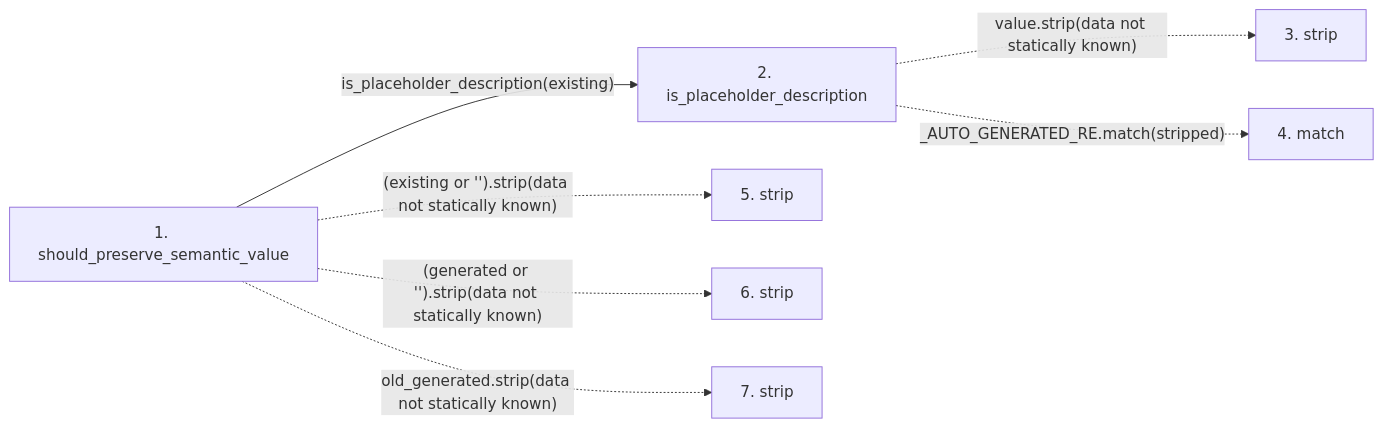
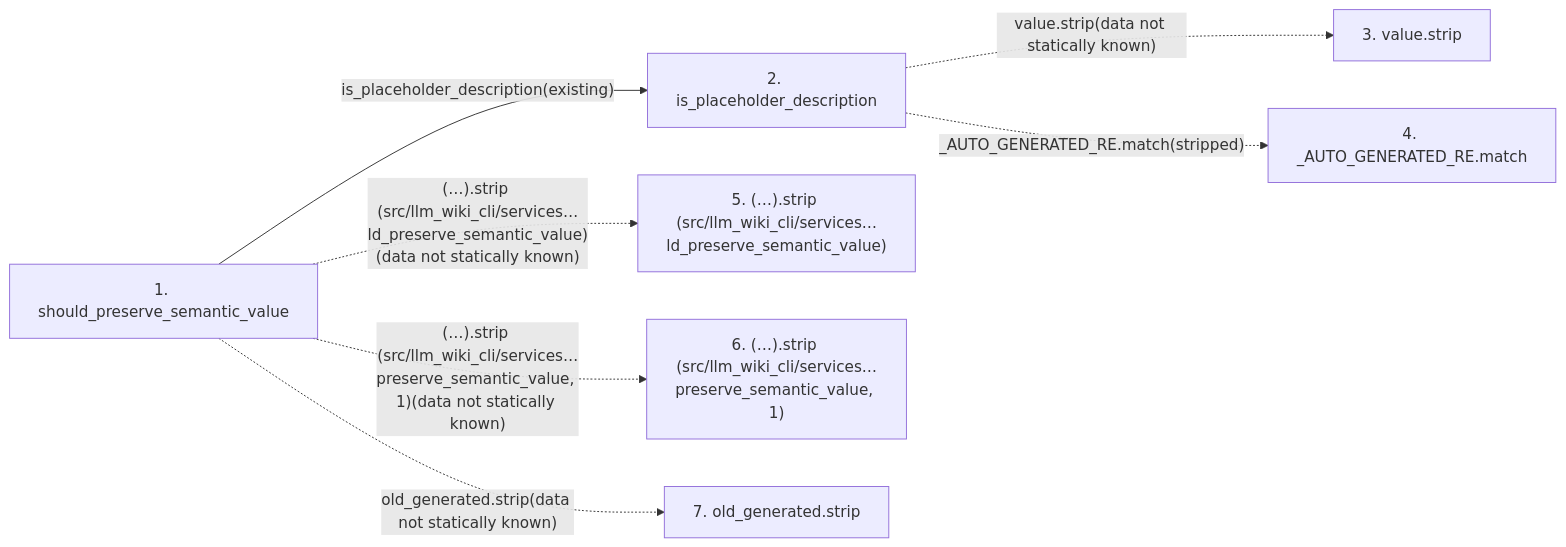
The second of 2 diagrams in docs/llm_wiki/flows/api-should_preserve_semantic_value.md (Denissvgn/python-wiki-llm), drawn with Mermaid before and after one commit. The commit also changed other lines of this file and 719 other files, not shown here.

````diff
--- a/docs/llm_wiki/flows/api-should_preserve_semantic_value.md
+++ b/docs/llm_wiki/flows/api-should_preserve_semantic_value.md
@@ -27,18 +30,18 @@
 ```mermaid
 flowchart LR
     s1["1. should_preserve_semantic_value"]
     s2["2. is_placeholder_description"]
-    s3["3. strip"]
-    s4["4. match"]
-    s5["5. strip"]
-    s6["6. strip"]
-    s7["7. strip"]
+    s3["3. value.strip"]
+    s4["4. _AUTO_GENERATED_RE.match"]
+    s5["5. (…).strip (src/llm_wiki_cli/services…ld_preserve_semantic_value)"]
+    s6["6. (…).strip (src/llm_wiki_cli/services…preserve_semantic_value, 1)"]
+    s7["7. old_generated.strip"]
     s1 -->|"is_placeholder_description(existing)"| s2
     s2 -. "value.strip(data not statically known)" .-> s3
     s2 -. "_AUTO_GENERATED_RE.match(stripped)" .-> s4
-    s1 -. "(existing or '').strip(data not statically known)" .-> s5
-    s1 -. "(generated or '').strip(data not statically known)" .-> s6
+    s1 -. "(…).strip (src/llm_wiki_cli/services…ld_preserve_semantic_value)(data not statically known)" .-> s5
+    s1 -. "(…).strip (src/llm_wiki_cli/services…preserve_semantic_value, 1)(data not statically known)" .-> s6
     s1 -. "old_generated.strip(data not statically known)" .-> s7
     click s1 "../modules/markdown_sections.md"
     click s2 "../modules/markdown_sections.md"
 ```
````
